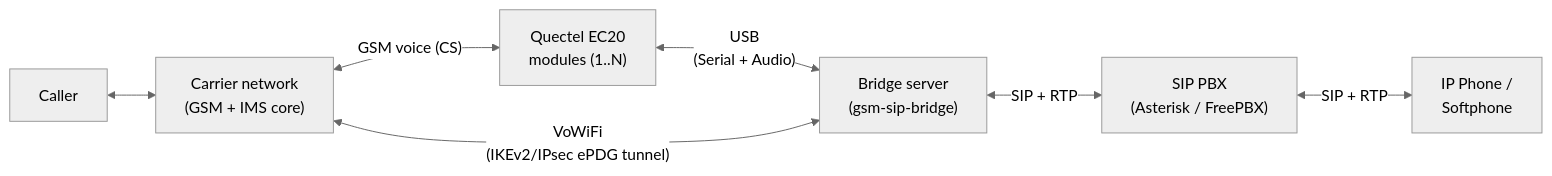
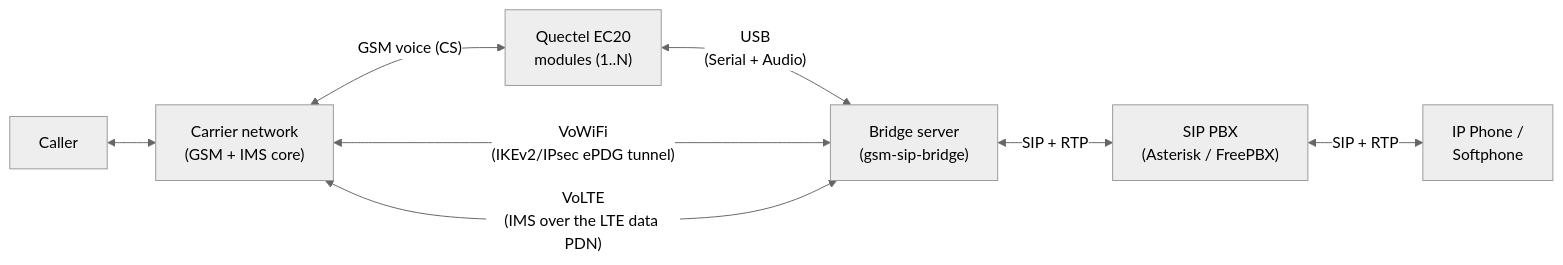
The diagram in README.md (selvakn/gsm-sip-bridge), drawn with Mermaid (neutral theme) before and after one commit. The commit also changed other lines of this file and 5 other files, not shown here.

````diff
--- a/README.md
+++ b/README.md
@@ -29,16 +32,17 @@
 ```mermaid
 flowchart LR
     Phone["Caller"]
     Carrier["Carrier network<br/>(GSM + IMS core)"]
     EC20["Quectel EC20<br/>modules (1..N)"]
     Server["Bridge server<br/>(gsm-sip-bridge)"]
     PBX["SIP PBX<br/>(Asterisk / FreePBX)"]
     IPPhone["IP Phone /<br/>Softphone"]
 
     Phone <--> Carrier
     Carrier <-->|"GSM voice (CS)"| EC20
     EC20 <-->|"USB<br/>(Serial + Audio)"| Server
     Carrier <-->|"VoWiFi<br/>(IKEv2/IPsec ePDG tunnel)"| Server
+    Carrier <-->|"VoLTE<br/>(IMS over the LTE data PDN)"| Server
     Server <-->|"SIP + RTP"| PBX
     PBX <-->|"SIP + RTP"| IPPhone
 ```
````
